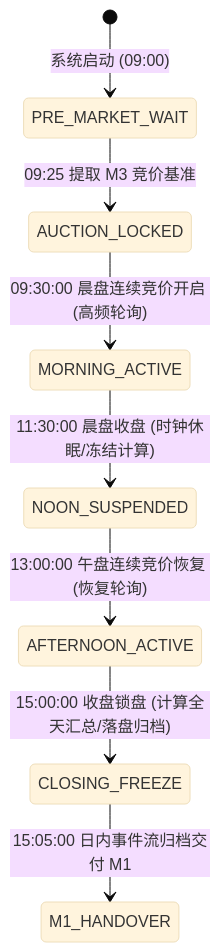
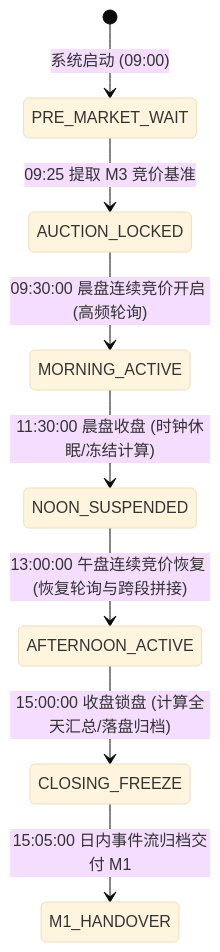
The second of 3 diagrams in 开发文档/17-G5-Phase-2-M4盘中动态监控与异动感知系统技术设计单.md (siyuwha/zhijian), drawn with Mermaid (base theme) before and after one commit. The commit also changed other lines of this file, not shown here.

````diff
--- a/开发文档/17-G5-Phase-2-M4盘中动态监控与异动感知系统技术设计单.md
+++ b/开发文档/17-G5-Phase-2-M4盘中动态监控与异动感知系统技术设计单.md
@@ -125,10 +135,10 @@
 ```mermaid
 stateDiagram-v2
     [*] --> PRE_MARKET_WAIT: 系统启动 (09:00)
     PRE_MARKET_WAIT --> AUCTION_LOCKED: 09:25 提取 M3 竞价基准
     AUCTION_LOCKED --> MORNING_ACTIVE: 09:30:00 晨盘连续竞价开启 (高频轮询)
     MORNING_ACTIVE --> NOON_SUSPENDED: 11:30:00 晨盘收盘 (时钟休眠/冻结计算)
-    NOON_SUSPENDED --> AFTERNOON_ACTIVE: 13:00:00 午盘连续竞价恢复 (恢复轮询)
+    NOON_SUSPENDED --> AFTERNOON_ACTIVE: 13:00:00 午盘连续竞价恢复 (恢复轮询与跨段拼接)
     AFTERNOON_ACTIVE --> CLOSING_FREEZE: 15:00:00 收盘锁盘 (计算全天汇总/落盘归档)
     CLOSING_FREEZE --> M1_HANDOVER: 15:05:00 日内事件流归档交付 M1
 ```
````
